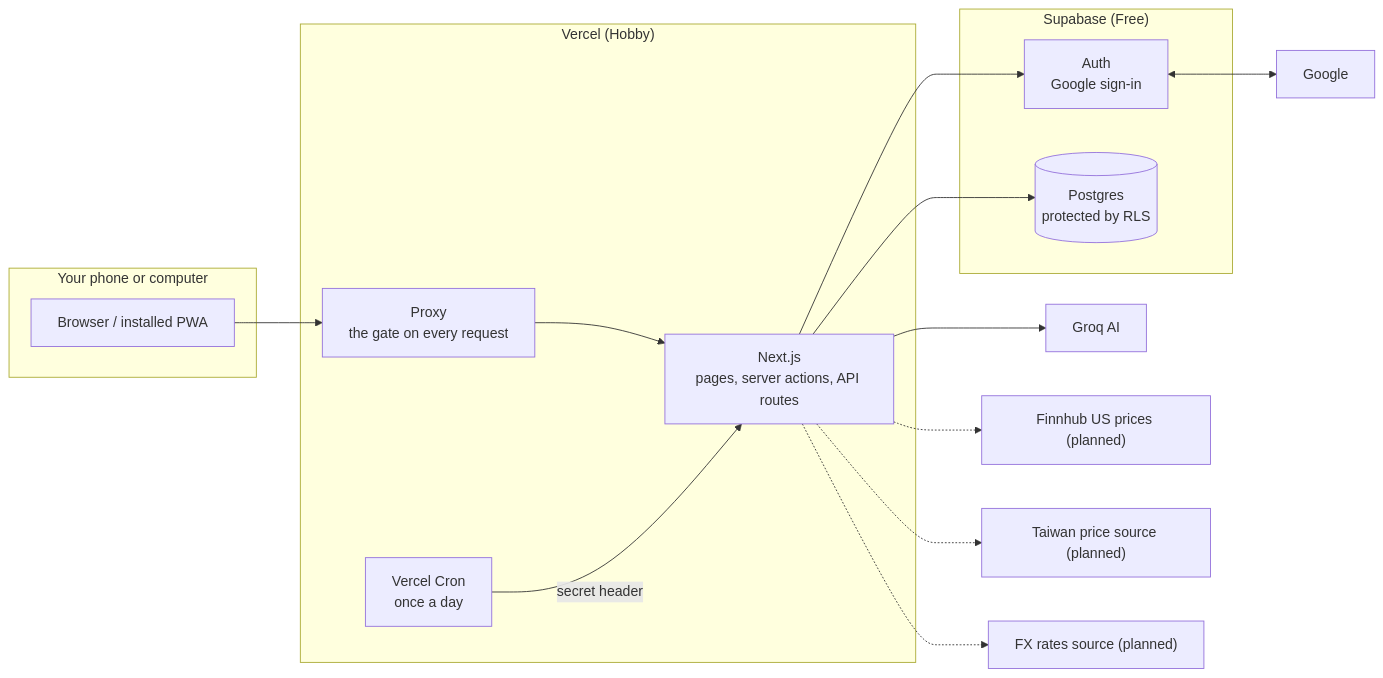
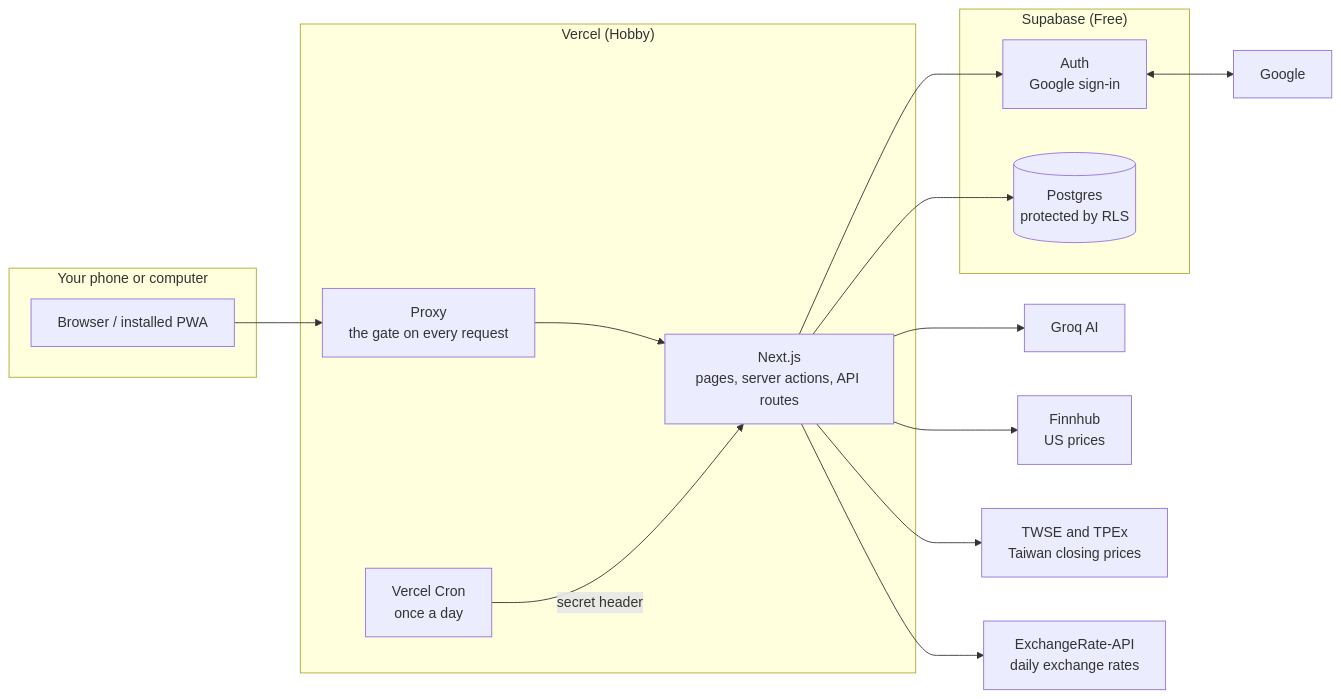
The diagram in docs/ARCHITECTURE.md (Linus7577/MyScheduleManager), drawn with Mermaid before and after one commit. The commit also changed other lines of this file and 1 other file, not shown here.

````diff
--- a/docs/ARCHITECTURE.md
+++ b/docs/ARCHITECTURE.md
@@ -9,33 +9,33 @@
 ```mermaid
 flowchart LR
   subgraph Device["Your phone or computer"]
     PWA["Browser / installed PWA"]
   end
 
   subgraph Vercel["Vercel (Hobby)"]
     Proxy["Proxy<br/>the gate on every request"]
     App["Next.js<br/>pages, server actions, API routes"]
     Cron["Vercel Cron<br/>once a day"]
   end
 
   subgraph Supabase["Supabase (Free)"]
     Auth["Auth<br/>Google sign-in"]
     DB[("Postgres<br/>protected by RLS")]
   end
 
   Google["Google"]
   Groq["Groq AI"]
-  Finnhub["Finnhub US prices (planned)"]
-  TW["Taiwan price source (planned)"]
-  FX["FX rates source (planned)"]
+  Finnhub["Finnhub<br/>US prices"]
+  TW["TWSE and TPEx<br/>Taiwan closing prices"]
+  FX["ExchangeRate-API<br/>daily exchange rates"]
 
   PWA --> Proxy --> App
   App --> Auth
   App --> DB
   Auth <--> Google
   Cron -->|"secret header"| App
   App --> Groq
-  App -.-> Finnhub
-  App -.-> TW
-  App -.-> FX
+  App --> Finnhub
+  App --> TW
+  App --> FX
 ```
````
